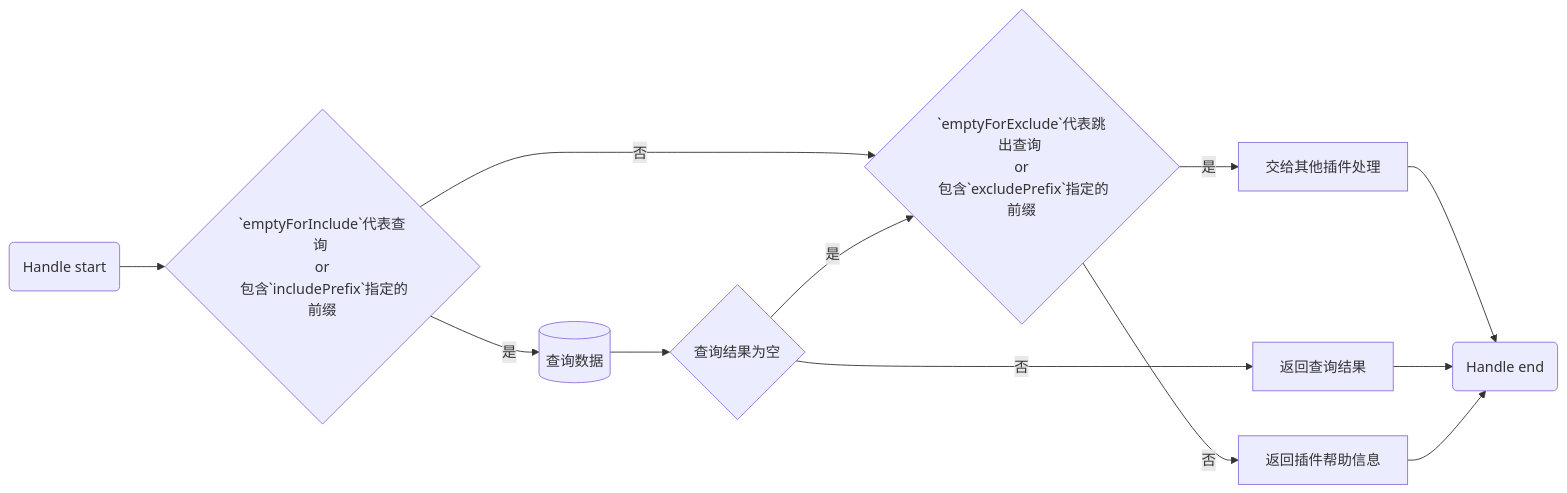
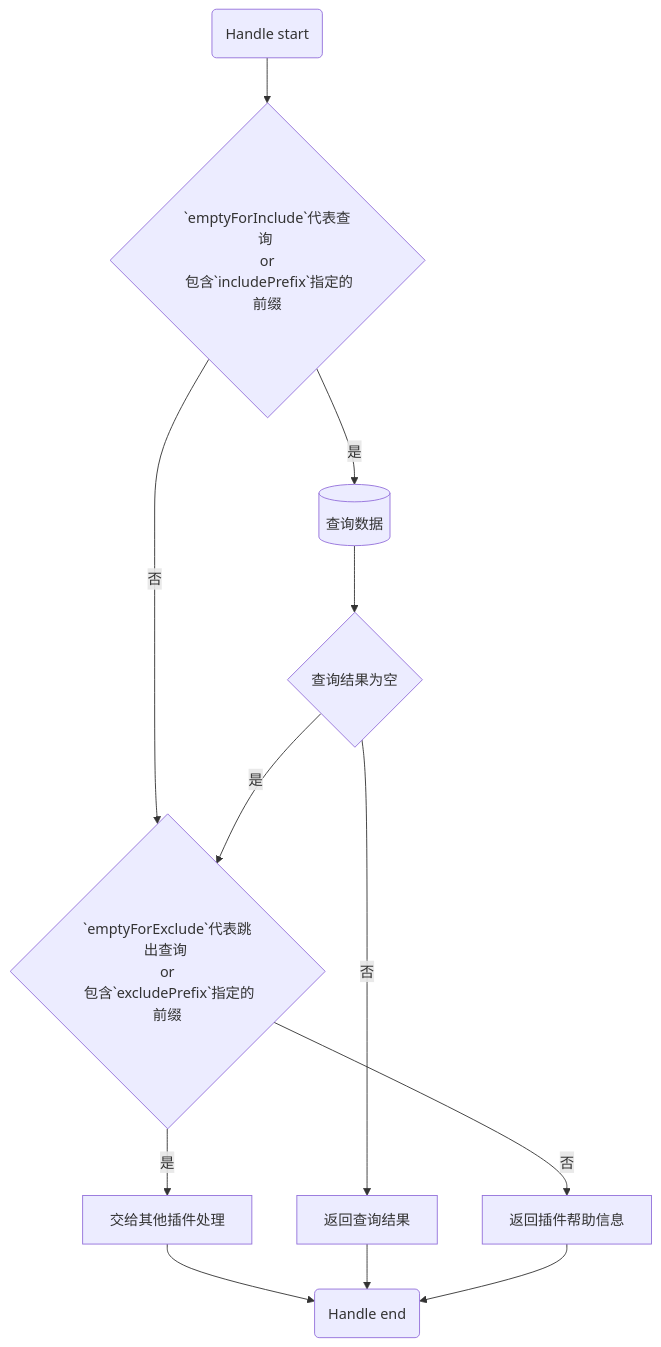
One commit to jeady5/mysqlKeywords changed the diagram in README.md. Above: the diagram before and after it, drawn with Mermaid. The commit also changed other lines of this file and 3 other files, not shown here.

````diff
--- a/README.md
+++ b/README.md
@@ -26,28 +26,28 @@
 ```mermaid
-graph LR
+graph TB
 A(Handle start)
 C{`emptyForInclude`代表查询 \nor\n 包含`includePrefix`指定的前缀}
 E[(查询数据)]
 F{查询结果为空}
 G{`emptyForExclude`代表跳出查询 \nor\n 包含`excludePrefix`指定的前缀}
 H[交给其他插件处理]
 I[返回插件帮助信息]
 J[返回查询结果]
 Z(Handle end)
 
 A-->C
 
 C--是-->E
 C--否-->G
 
 H-->Z
 E-->F
 
 F--是-->G
 F--否-->J
 J-->Z
 
 G--是-->H
 G--否-->I
 I-->Z
 ```
````
